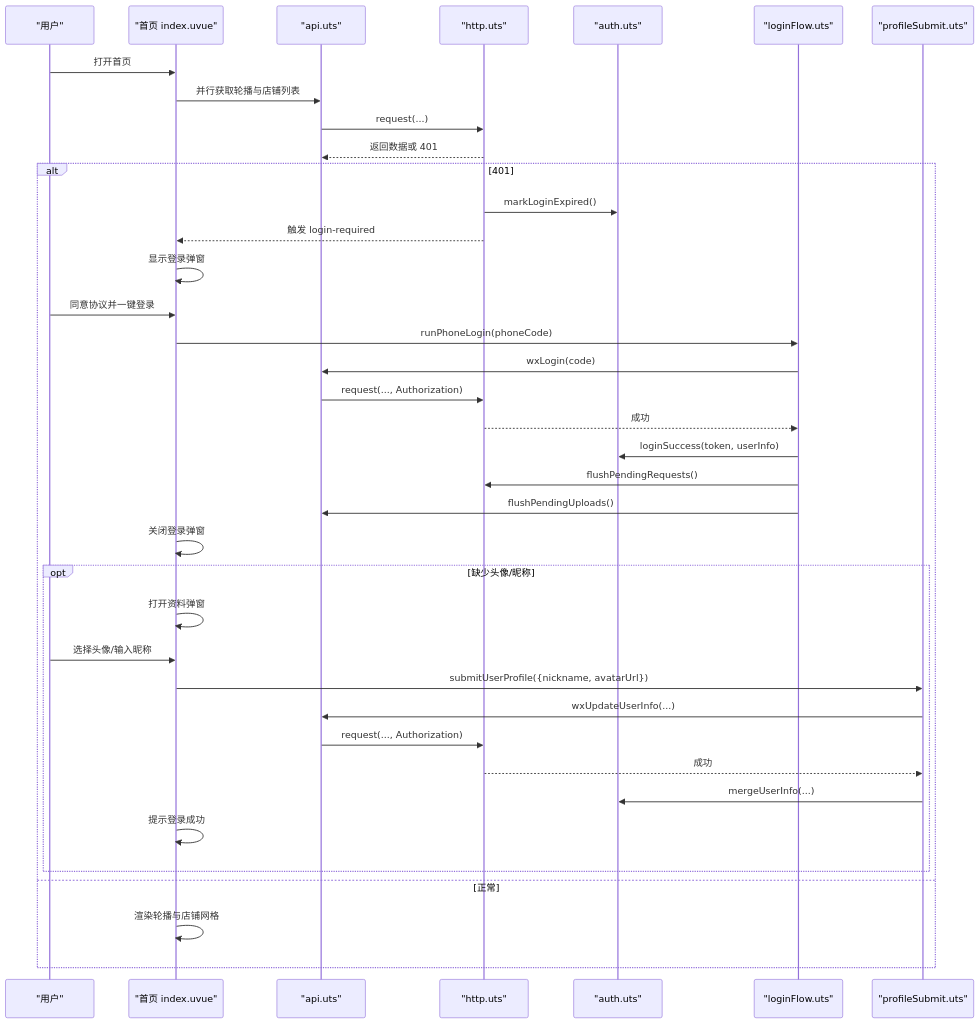
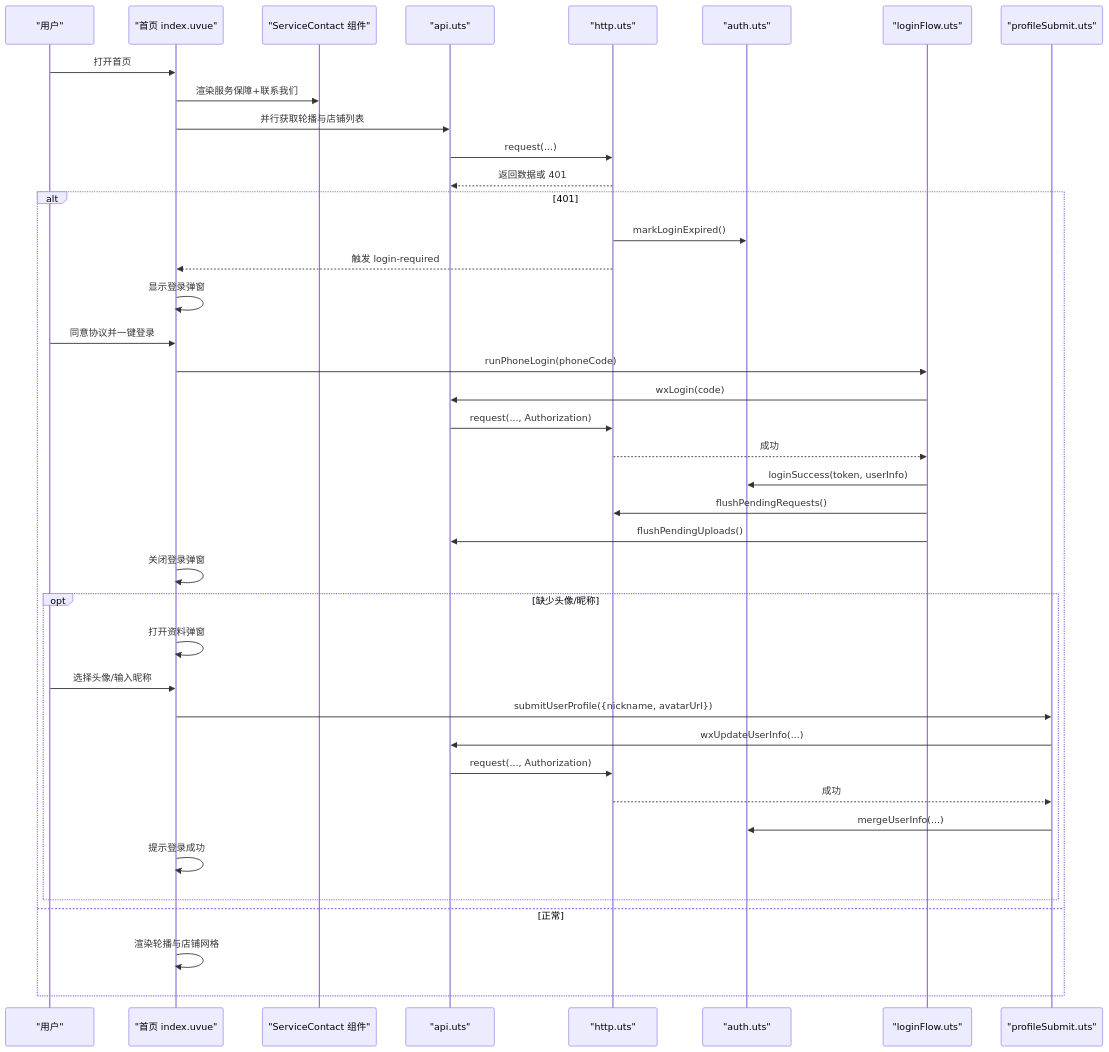
The second of 4 diagrams in .qoder/repowiki/zh/content/核心功能模块/主页入口增强.md (crazyma99/blueberry), drawn with Mermaid before and after one commit. The commit also changed other lines of this file and 14 other files, not shown here.

````diff
--- a/.qoder/repowiki/zh/content/核心功能模块/主页入口增强.md
+++ b/.qoder/repowiki/zh/content/核心功能模块/主页入口增强.md
@@ -102,40 +120,42 @@
 ```mermaid
 sequenceDiagram
 participant U as "用户"
 participant P as "首页 index.uvue"
+participant SC as "ServiceContact 组件"
 participant API as "api.uts"
 participant HTTP as "http.uts"
 participant AUTH as "auth.uts"
 participant LF as "loginFlow.uts"
 participant PS as "profileSubmit.uts"
 U->>P : 打开首页
+P->>SC : 渲染服务保障+联系我们
 P->>API : 并行获取轮播与店铺列表
 API->>HTTP : request(...)
 HTTP-->>API : 返回数据或 401
 alt 401
 HTTP->>AUTH : markLoginExpired()
 HTTP-->>P : 触发 login-required
 P->>P : 显示登录弹窗
 U->>P : 同意协议并一键登录
 P->>LF : runPhoneLogin(phoneCode)
 LF->>API : wxLogin(code)
 API->>HTTP : request(..., Authorization)
 HTTP-->>LF : 成功
 LF->>AUTH : loginSuccess(token, userInfo)
 LF->>HTTP : flushPendingRequests()
 LF->>API : flushPendingUploads()
 P->>P : 关闭登录弹窗
 opt 缺少头像/昵称
 P->>P : 打开资料弹窗
 U->>P : 选择头像/输入昵称
 P->>PS : submitUserProfile({nickname, avatarUrl})
 PS->>API : wxUpdateUserInfo(...)
 API->>HTTP : request(..., Authorization)
 HTTP-->>PS : 成功
 PS->>AUTH : mergeUserInfo(...)
 P->>P : 提示登录成功
 end
 else 正常
 P->>P : 渲染轮播与店铺网格
 end
 ```
````
